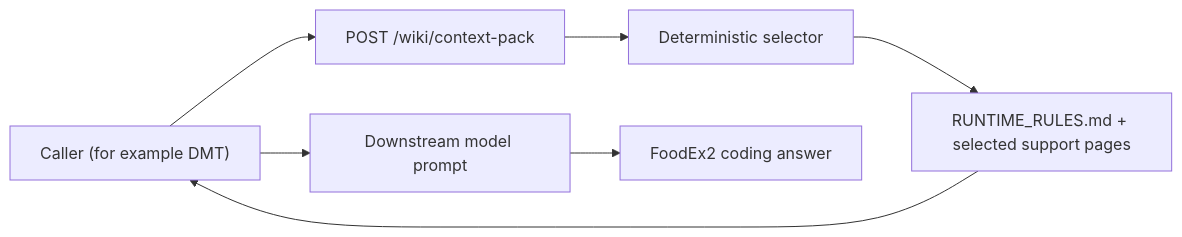
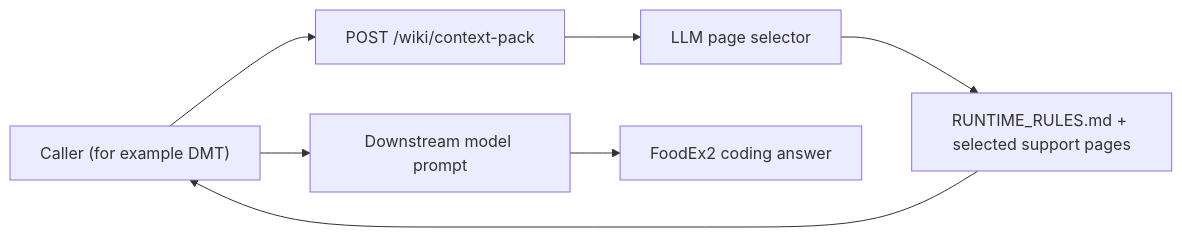
Before and after one commit to Chili36/Foodex2_Wiki: the first of 2 diagrams in README.md, drawn with Mermaid. The commit also changed other lines of this file and 5 other files, not shown here.

````diff
--- a/README.md
+++ b/README.md
@@ -81,9 +81,9 @@
 ```mermaid
 flowchart LR
     A["Caller (for example DMT)"] --> B["POST /wiki/context-pack"]
-    B --> C["Deterministic selector"]
+    B --> C["LLM page selector"]
     C --> D["RUNTIME_RULES.md + selected support pages"]
     D --> A
     A --> E["Downstream model prompt"]
     E --> F["FoodEx2 coding answer"]
 ```
````
